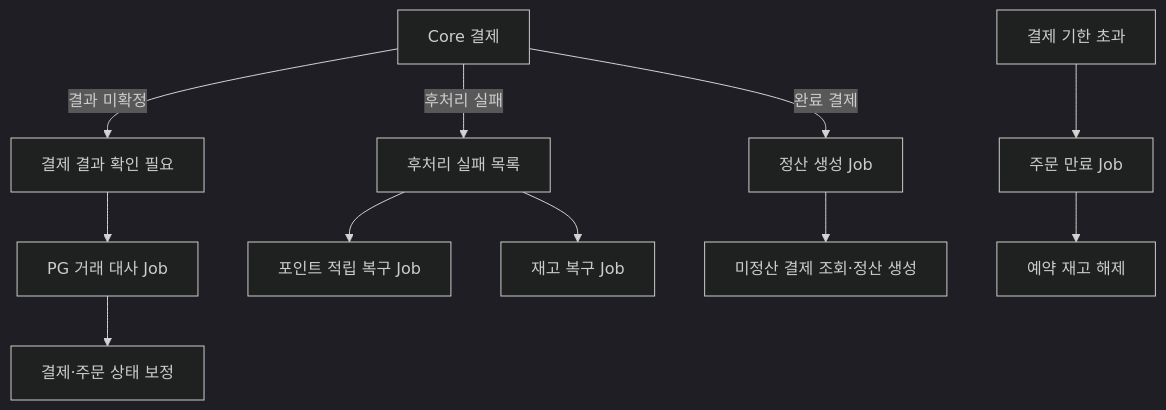
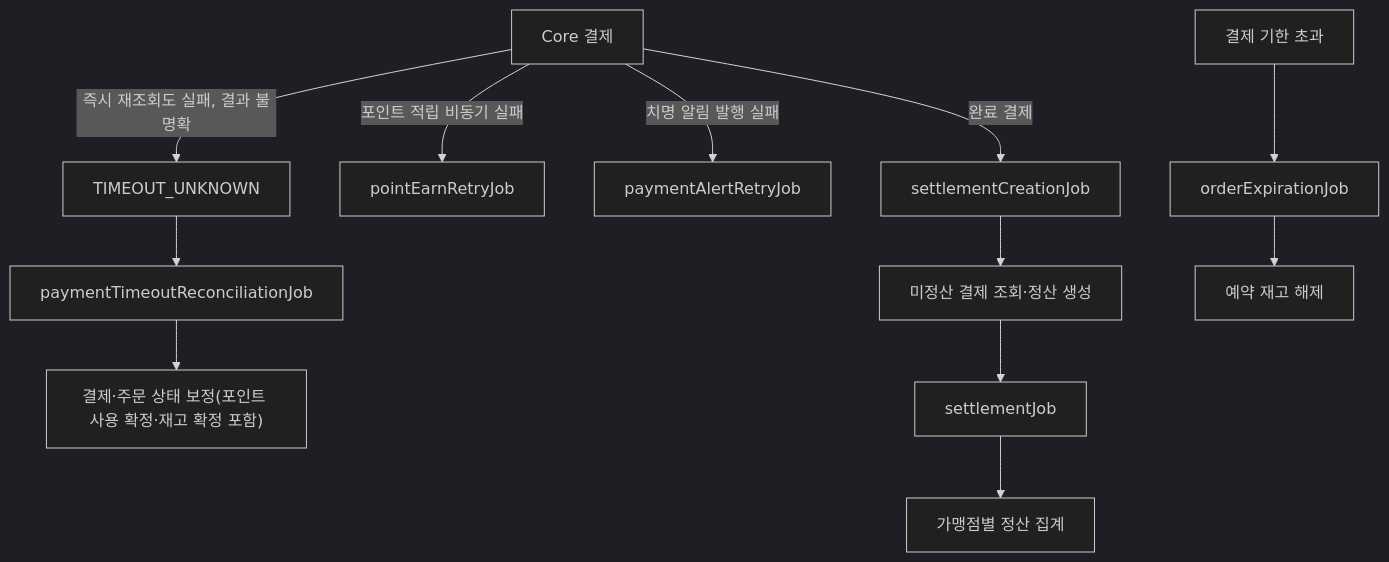
Before and after one commit to PocketPayStore/PocketPay_Batch: the diagram in README.md, drawn with Mermaid (dark theme). The commit also changed other lines of this file, not shown here.

Commit message:
docs: update readme for toss migration and retry job additions

```diff
--- a/README.md
+++ b/README.md
@@ -16,13 +16,14 @@
 ~~~mermaid
 flowchart TB
-    A[Core 결제] -->|결과 미확정| B[결제 결과 확인 필요]
-    B --> C[PG 거래 대사 Job]
-    C --> D[결제·주문 상태 보정]
-    A -->|후처리 실패| E[후처리 실패 목록]
-    E --> F[포인트 적립 복구 Job]
-    E --> G[재고 복구 Job]
-    A -->|완료 결제| H[정산 생성 Job]
-    H --> I[미정산 결제 조회·정산 생성]
-    L[결제 기한 초과] --> M[주문 만료 Job]
-    M --> N[예약 재고 해제]
+    A[Core 결제] -->|즉시 재조회도 실패, 결과 불명확| B[TIMEOUT_UNKNOWN]
+    B --> C[paymentTimeoutReconciliationJob]
+    C --> D["결제·주문 상태 보정(포인트 사용 확정·재고 확정 포함)"]
+    A -->|포인트 적립 비동기 실패| E[pointEarnRetryJob]
+    A -->|치명 알림 발행 실패| F[paymentAlertRetryJob]
+    A -->|완료 결제| G[settlementCreationJob]
+    G --> H[미정산 결제 조회·정산 생성]
+    H --> I[settlementJob]
+    I --> J[가맹점별 정산 집계]
+    K[결제 기한 초과] --> L[orderExpirationJob]
+    L --> M[예약 재고 해제]
 ~~~
```
